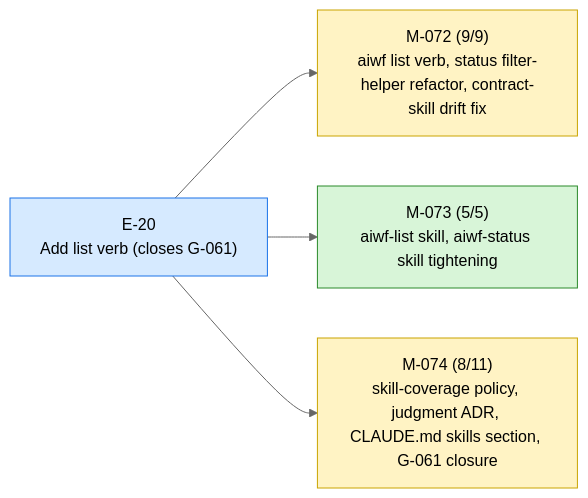
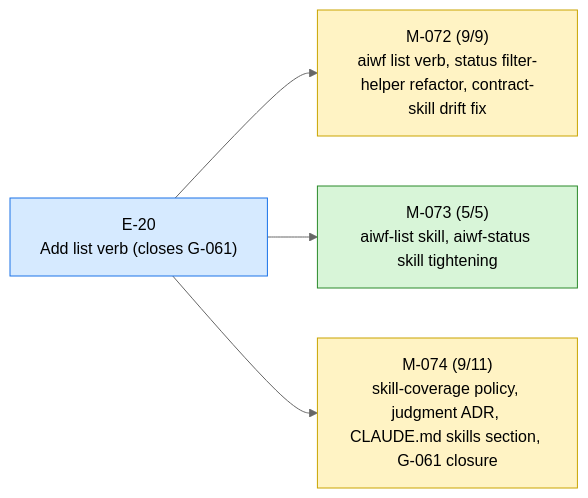
One commit to 23min/aiwf changed the first of 2 diagrams in STATUS.md. Above: the diagram before and after it, drawn with Mermaid (neutral theme). The commit also changed other lines of this file and 1 other file, not shown here.

````diff
--- a/STATUS.md
+++ b/STATUS.md
@@ -13,16 +13,16 @@
 ```mermaid
 flowchart LR
   E_20["E-20<br/>Add list verb (closes G-061)"]:::epic_active
   M_072["M-072 (9/9)<br/>aiwf list verb, status filter-helper refactor, contract-skill drift fix"]:::ms_in_progress
   E_20 --> M_072
   M_073["M-073 (5/5)<br/>aiwf-list skill, aiwf-status skill tightening"]:::ms_done
   E_20 --> M_073
-  M_074["M-074 (8/11)<br/>skill-coverage policy, judgment ADR, CLAUDE.md skills section, G-061 closure"]:::ms_in_progress
+  M_074["M-074 (9/11)<br/>skill-coverage policy, judgment ADR, CLAUDE.md skills section, G-061 closure"]:::ms_in_progress
   E_20 --> M_074
   classDef epic_active fill:#d6eaff,stroke:#1a73e8,color:#000
   classDef epic_proposed fill:#f4f4f4,stroke:#888,color:#000
   classDef ms_done fill:#d8f5d8,stroke:#2a8a2a,color:#000
   classDef ms_in_progress fill:#fff3c4,stroke:#caa400,color:#000
   classDef ms_draft fill:#f4f4f4,stroke:#888,color:#000
   classDef ms_cancelled fill:#fbeaea,stroke:#c33,color:#000
 ```
````
